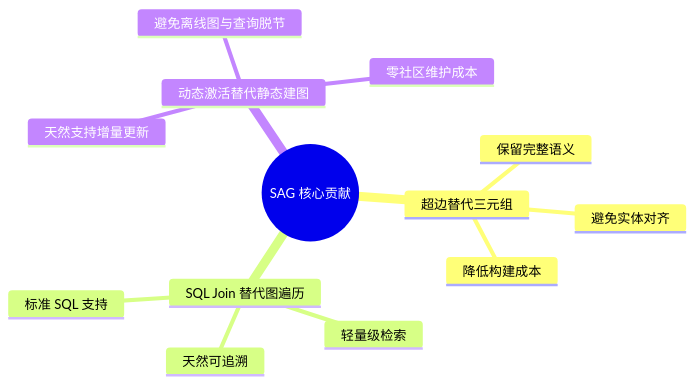
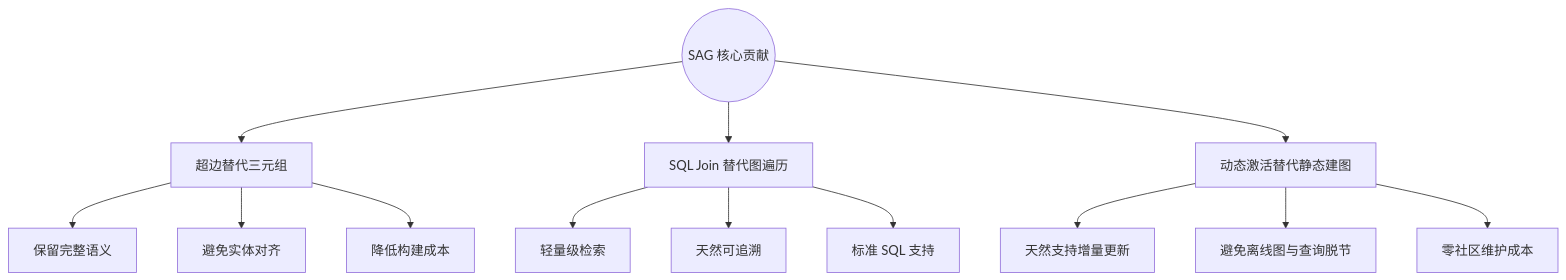
One commit to VegetableBCoder/visual-novel-translator changed the ninth of 10 diagrams in docs/讲稿_润色版.md. Above: the diagram before and after it, drawn with Mermaid. The commit also changed 152 other files, not shown here.

````diff
--- a/docs/讲稿_润色版.md
+++ b/docs/讲稿_润色版.md
@@ -505,16 +505,21 @@
 ```mermaid
-mindmap
-  root((SAG 核心贡献))
-    超边替代三元组
-      保留完整语义
-      避免实体对齐
-      降低构建成本
-    SQL Join 替代图遍历
-      轻量级检索
-      天然可追溯
-      标准 SQL 支持
-    动态激活替代静态建图
-      天然支持增量更新
-      避免离线图与查询脱节
-      零社区维护成本
+flowchart TD
+    Root(("SAG 核心贡献"))
+
+    Root --> A["超边替代三元组"]
+    Root --> B["SQL Join 替代图遍历"]
+    Root --> C["动态激活替代静态建图"]
+
+    A --> A1["保留完整语义"]
+    A --> A2["避免实体对齐"]
+    A --> A3["降低构建成本"]
+
+    B --> B1["轻量级检索"]
+    B --> B2["天然可追溯"]
+    B --> B3["标准 SQL 支持"]
+
+    C --> C1["天然支持增量更新"]
+    C --> C2["避免离线图与查询脱节"]
+    C --> C3["零社区维护成本"]
+
 ```
````
